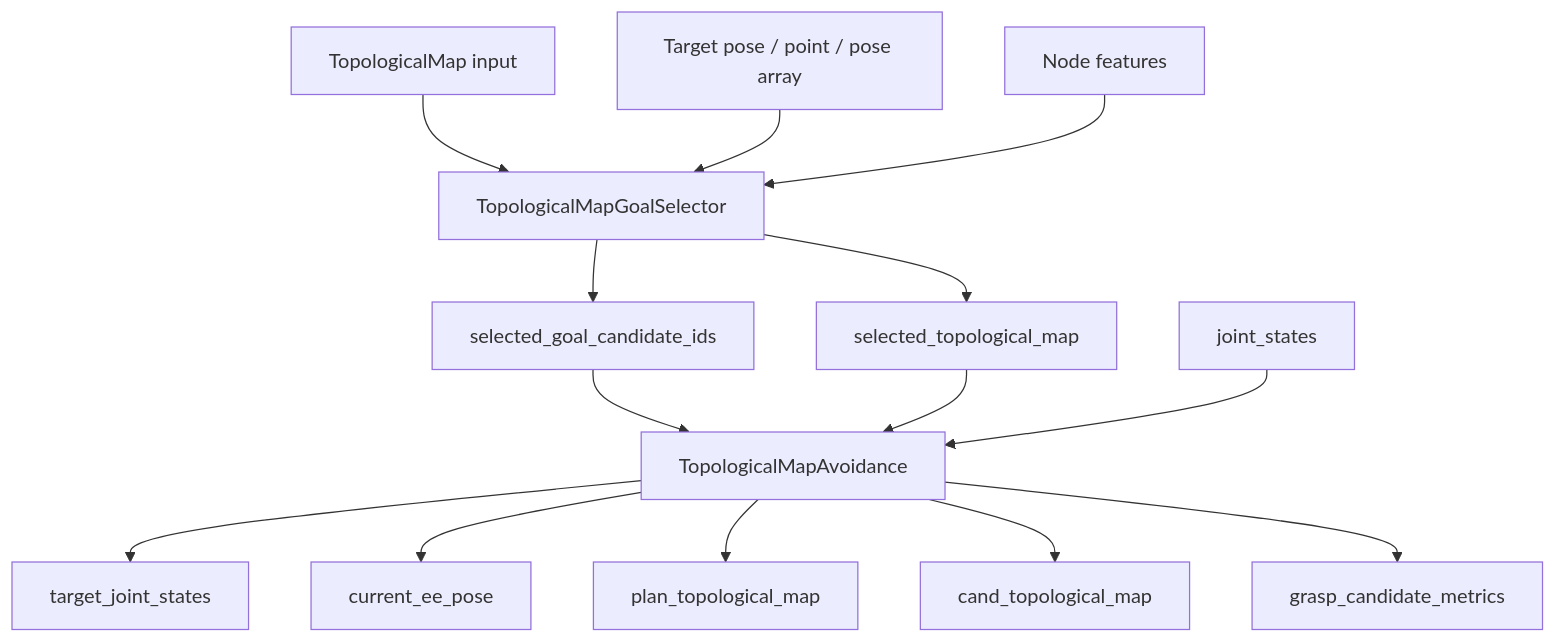
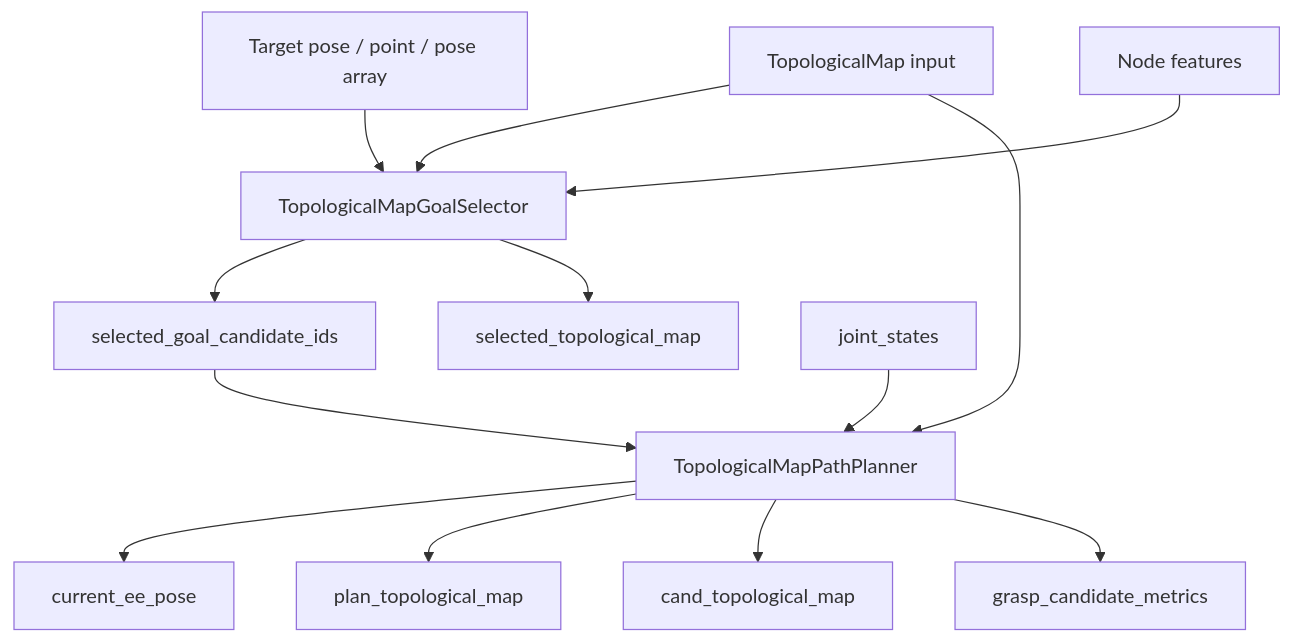
The second of 10 diagrams in gng_vlut_system/docs/TECHNICAL_SPEC.md (uraki-UH/arm_avoidance), drawn with Mermaid before and after one commit. The commit also changed other lines of this file and 28 other files, not shown here.

````diff
--- a/gng_vlut_system/docs/TECHNICAL_SPEC.md
+++ b/gng_vlut_system/docs/TECHNICAL_SPEC.md
@@ -154,17 +155,16 @@
 ```mermaid
 flowchart TD
     A[TopologicalMap input] --> B[TopologicalMapGoalSelector]
     C[Target pose / point / pose array] --> B
     D[Node features] --> B
     B --> E[selected_goal_candidate_ids]
     B --> F[selected_topological_map]
 
-    E --> H[TopologicalMapAvoidance]
-    F --> H
+    E --> H[TopologicalMapPathPlanner]
+    A --> H
     I[joint_states] --> H
-    H --> J[target_joint_states]
     H --> K[current_ee_pose]
     H --> L[plan_topological_map]
     H --> M[cand_topological_map]
     H --> N[grasp_candidate_metrics]
 ```
````
